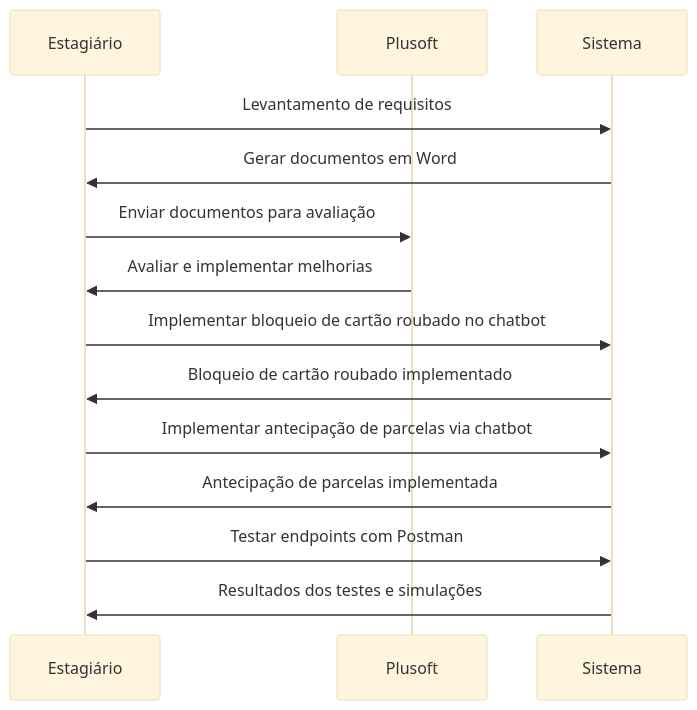
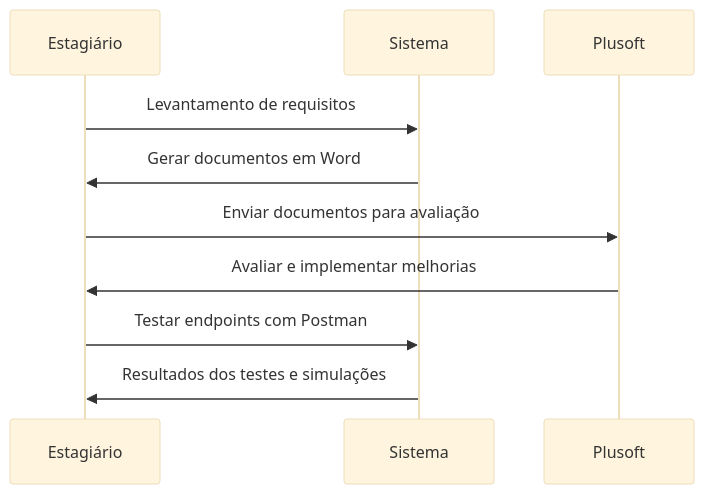
The second of 2 diagrams in README.md (Pernambucas/Agil_Atendimento), drawn with Mermaid (base theme) before and after one commit. The commit also changed other lines of this file, not shown here.

Commit message:
docs: modified the diagrams

````diff
--- a/README.md
+++ b/README.md
@@ -56,21 +52,15 @@
 ```mermaid
 sequenceDiagram
     participant Estagiário
+    participant Sistema
     participant Plusoft
-    participant Sistema
 
     Estagiário->>Sistema: Levantamento de requisitos
     Sistema->>Estagiário: Gerar documentos em Word
 
     Estagiário->>Plusoft: Enviar documentos para avaliação
     Plusoft->>Estagiário: Avaliar e implementar melhorias
 
-    Estagiário->>Sistema: Implementar bloqueio de cartão roubado no chatbot
-    Sistema->>Estagiário: Bloqueio de cartão roubado implementado
-
-    Estagiário->>Sistema: Implementar antecipação de parcelas via chatbot
-    Sistema->>Estagiário: Antecipação de parcelas implementada
-
     Estagiário->>Sistema: Testar endpoints com Postman
     Sistema->>Estagiário: Resultados dos testes e simulações
 ```
````
